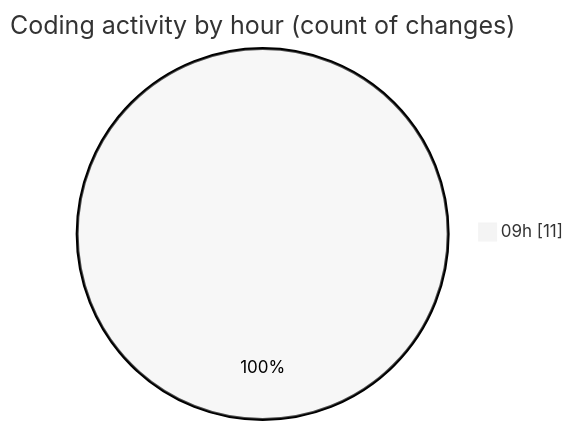
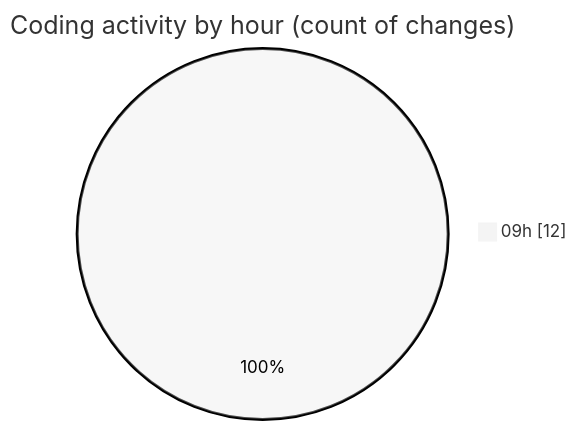
One commit to NitaiMahat/code-tracking changed the second of 2 diagrams in 2025-01-30/java/README.md. Above: the diagram before and after it, drawn with Mermaid (neutral theme). The commit also changed other lines of this file and 1 other file, not shown here.

````diff
--- a/2025-01-30/java/README.md
+++ b/2025-01-30/java/README.md
@@ -28,5 +28,5 @@
 ```mermaid
 pie showData
 title Coding activity by hour (count of changes)
-"09h" : 11
+"09h" : 12
 ```
````
